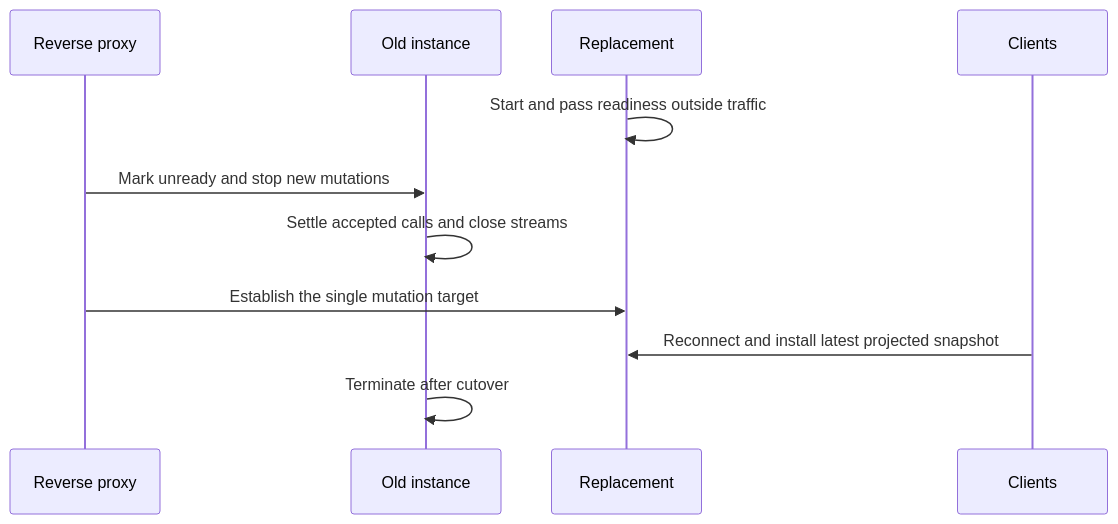
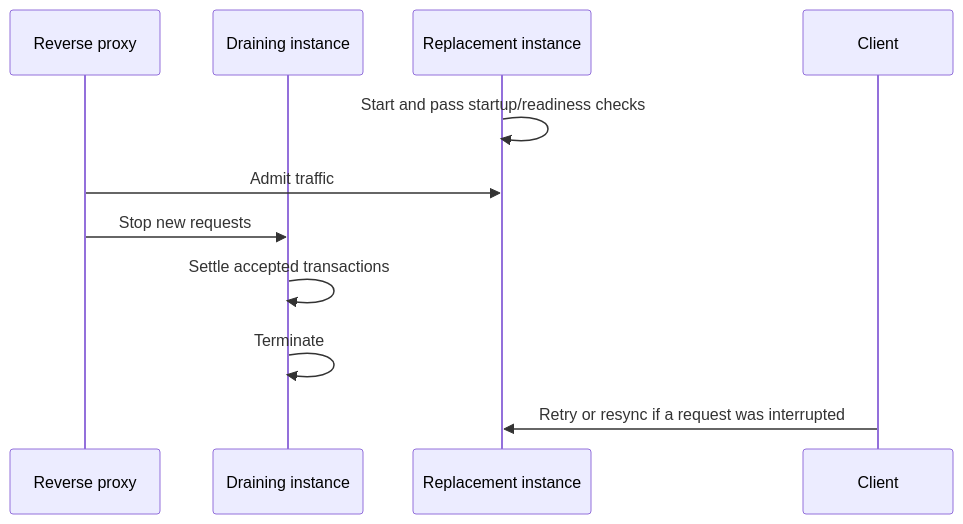
The second of 2 diagrams in docs/multiplayer-scale-out.md (ernestwisniewski/aonw), drawn with Mermaid before and after one commit. The commit also changed other lines of this file and 379 other files, not shown here.

````diff
--- a/docs/multiplayer-scale-out.md
+++ b/docs/multiplayer-scale-out.md
@@ -48,14 +38,14 @@
 ```mermaid
 sequenceDiagram
   participant R as Reverse proxy
-  participant Old as Old instance
-  participant New as Replacement
-  participant C as Clients
+  participant O as Draining instance
+  participant N as Replacement instance
+  participant C as Client
 
-  New->>New: Start and pass readiness outside traffic
-  R->>Old: Mark unready and stop new mutations
-  Old->>Old: Settle accepted calls and close streams
-  R->>New: Establish the single mutation target
-  C->>New: Reconnect and install latest projected snapshot
-  Old->>Old: Terminate after cutover
+  N->>N: Start and pass startup/readiness checks
+  R->>N: Admit traffic
+  R->>O: Stop new requests
+  O->>O: Settle accepted transactions
+  O->>O: Terminate
+  C->>N: Retry or resync if a request was interrupted
 ```
````
